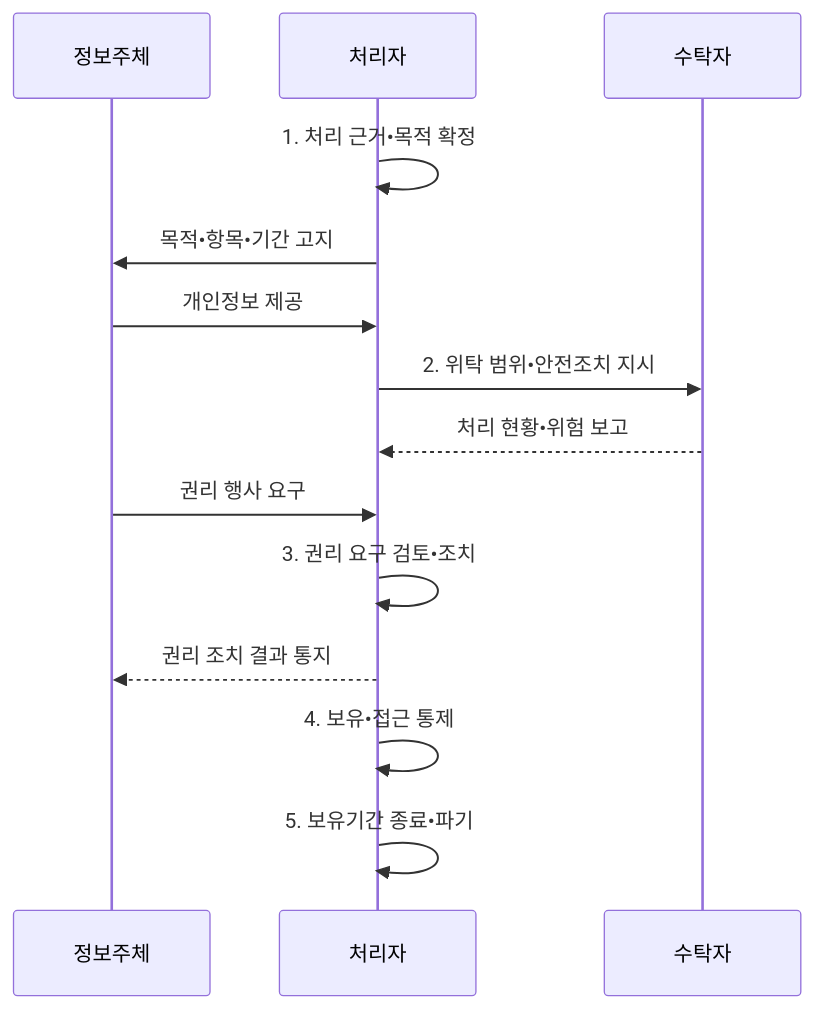
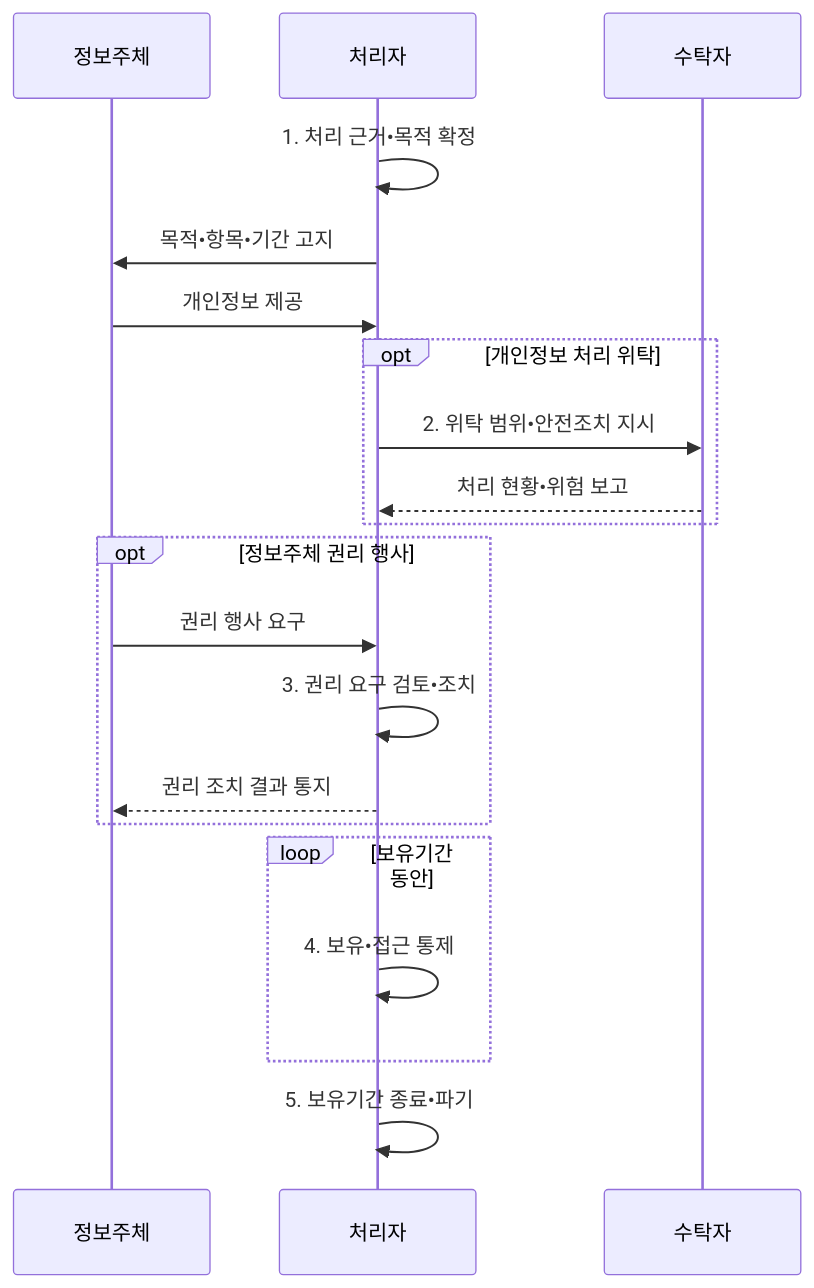
Before and after one commit to agnusdei1207/knowledge-base: the second of 2 diagrams in src/content/docs/notes/07-law-policy/022_personal_information_protection_act.md, drawn with Mermaid. The commit also changed other lines of this file and 20 other files, not shown here.

````diff
--- a/src/content/docs/notes/07-law-policy/022_personal_information_protection_act.md
+++ b/src/content/docs/notes/07-law-policy/022_personal_information_protection_act.md
@@ -112,16 +112,22 @@
 ```mermaid
 sequenceDiagram
     participant 정보주체
     participant 처리자
     participant 수탁자
     처리자->>처리자: 1. 처리 근거•목적 확정
     처리자->>정보주체: 목적•항목•기간 고지
     정보주체->>처리자: 개인정보 제공
-    처리자->>수탁자: 2. 위탁 범위•안전조치 지시
-    수탁자-->>처리자: 처리 현황•위험 보고
-    정보주체->>처리자: 권리 행사 요구
-    처리자->>처리자: 3. 권리 요구 검토•조치
-    처리자-->>정보주체: 권리 조치 결과 통지
-    처리자->>처리자: 4. 보유•접근 통제
+    opt 개인정보 처리 위탁
+        처리자->>수탁자: 2. 위탁 범위•안전조치 지시
+        수탁자-->>처리자: 처리 현황•위험 보고
+    end
+    opt 정보주체 권리 행사
+        정보주체->>처리자: 권리 행사 요구
+        처리자->>처리자: 3. 권리 요구 검토•조치
+        처리자-->>정보주체: 권리 조치 결과 통지
+    end
+    loop 보유기간 동안
+        처리자->>처리자: 4. 보유•접근 통제
+    end
     처리자->>처리자: 5. 보유기간 종료•파기
 ```
````
